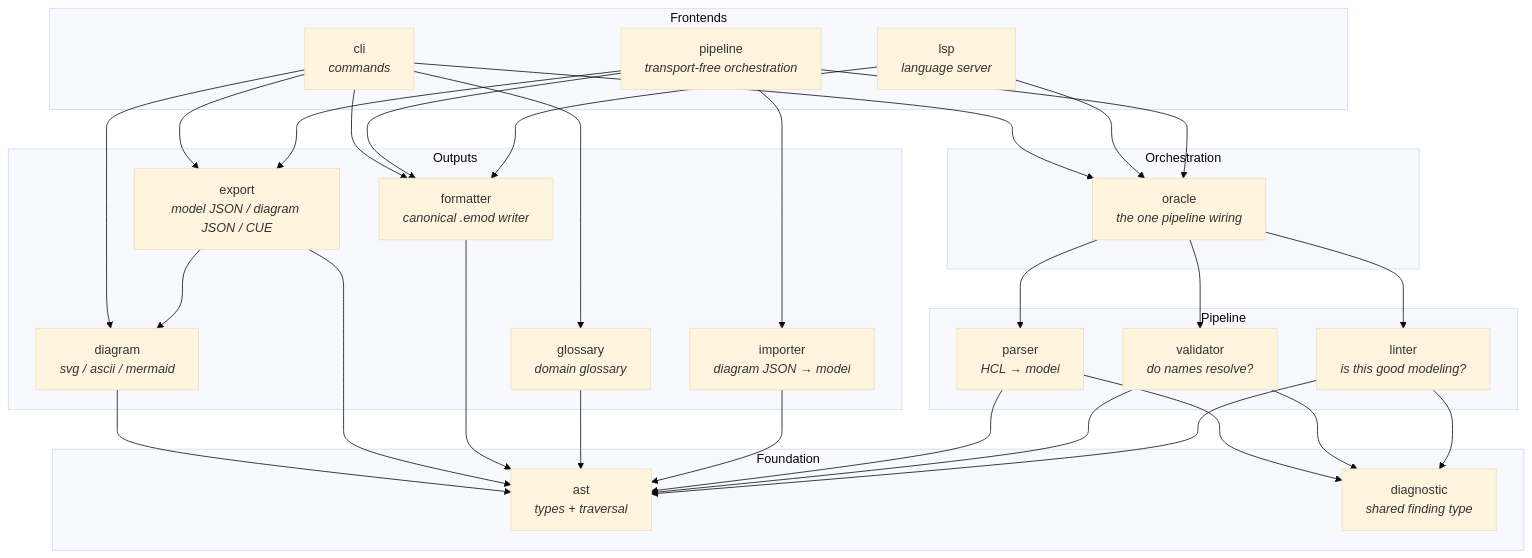
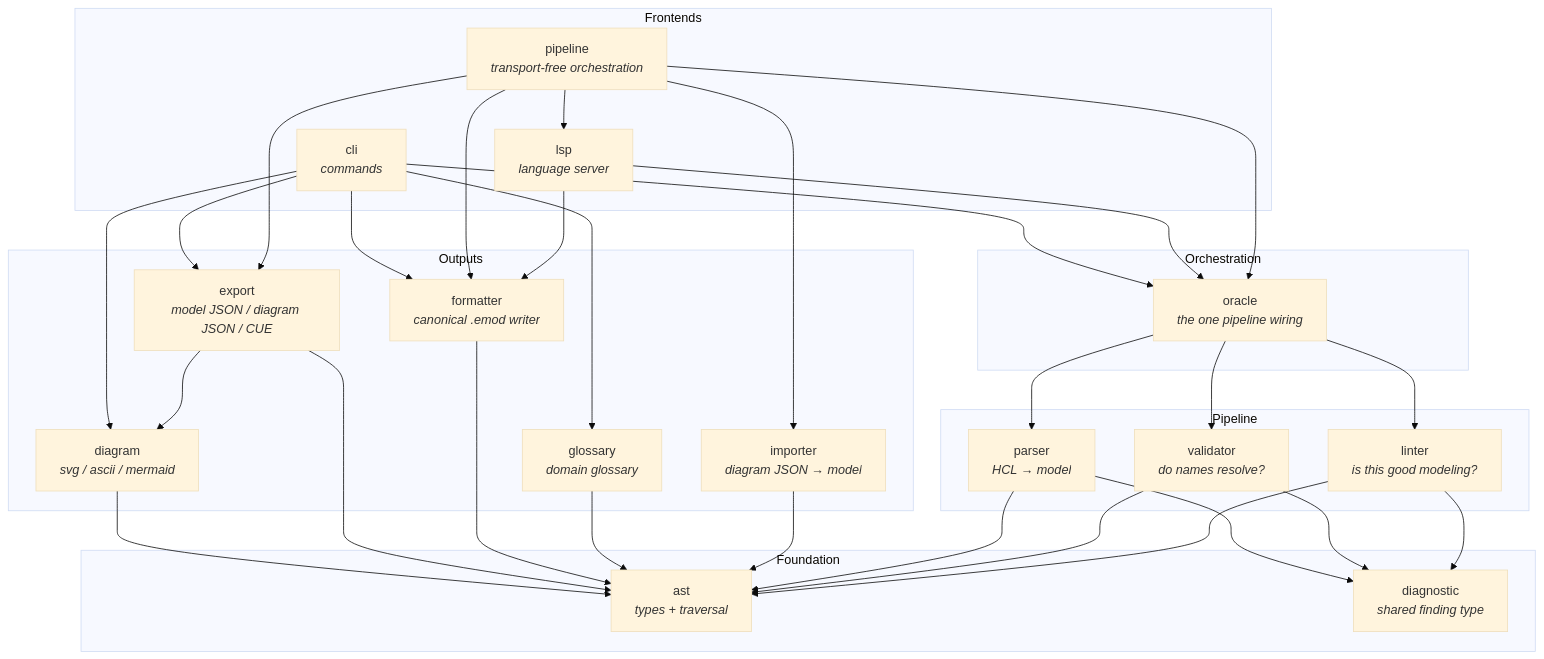
Before and after one commit to hpcsc/emod: the first of 4 diagrams in docs/architecture.md, drawn with Mermaid (base theme). The commit also changed other lines of this file and 15 other files, not shown here.

````diff
--- a/docs/architecture.md
+++ b/docs/architecture.md
@@ -30,61 +30,62 @@
 ```mermaid
 graph TD
     subgraph Frontends
         cli[cli<br/><i>commands</i>]
         lsp[lsp<br/><i>language server</i>]
         pipeline[pipeline<br/><i>transport-free orchestration</i>]
     end
 
     subgraph Orchestration
         oracle[oracle<br/><i>the one pipeline wiring</i>]
     end
 
     subgraph Outputs
         diagram[diagram<br/><i>svg / ascii / mermaid</i>]
         export[export<br/><i>model JSON / diagram JSON / CUE</i>]
         formatter[formatter<br/><i>canonical .emod writer</i>]
         glossary[glossary<br/><i>domain glossary</i>]
         importer[importer<br/><i>diagram JSON → model</i>]
     end
 
     subgraph Pipeline
         parser[parser<br/><i>HCL → model</i>]
         validator[validator<br/><i>do names resolve?</i>]
         linter[linter<br/><i>is this good modeling?</i>]
     end
 
     subgraph Foundation
         ast[ast<br/><i>types + traversal</i>]
         diagnostic[diagnostic<br/><i>shared finding type</i>]
     end
 
     cli --> oracle
     lsp --> oracle
     pipeline --> oracle
     cli --> diagram
     cli --> export
     cli --> formatter
     cli --> glossary
     pipeline --> export
     pipeline --> importer
     pipeline --> formatter
+    pipeline --> lsp
     lsp --> formatter
 
     oracle --> parser
     oracle --> validator
     oracle --> linter
 
     export --> diagram
     diagram --> ast
     export --> ast
     formatter --> ast
     glossary --> ast
     importer --> ast
 
     parser --> diagnostic
     parser --> ast
     validator --> ast
     linter --> ast
     validator --> diagnostic
     linter --> diagnostic
 ```
````
